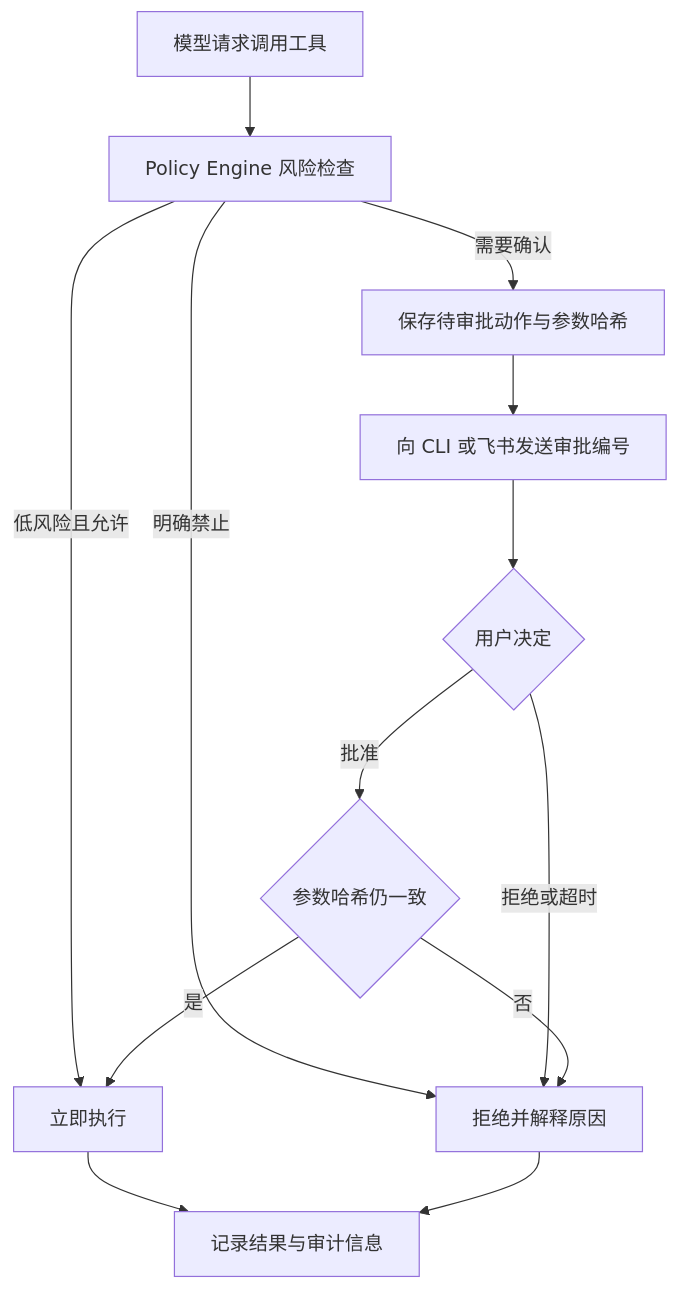
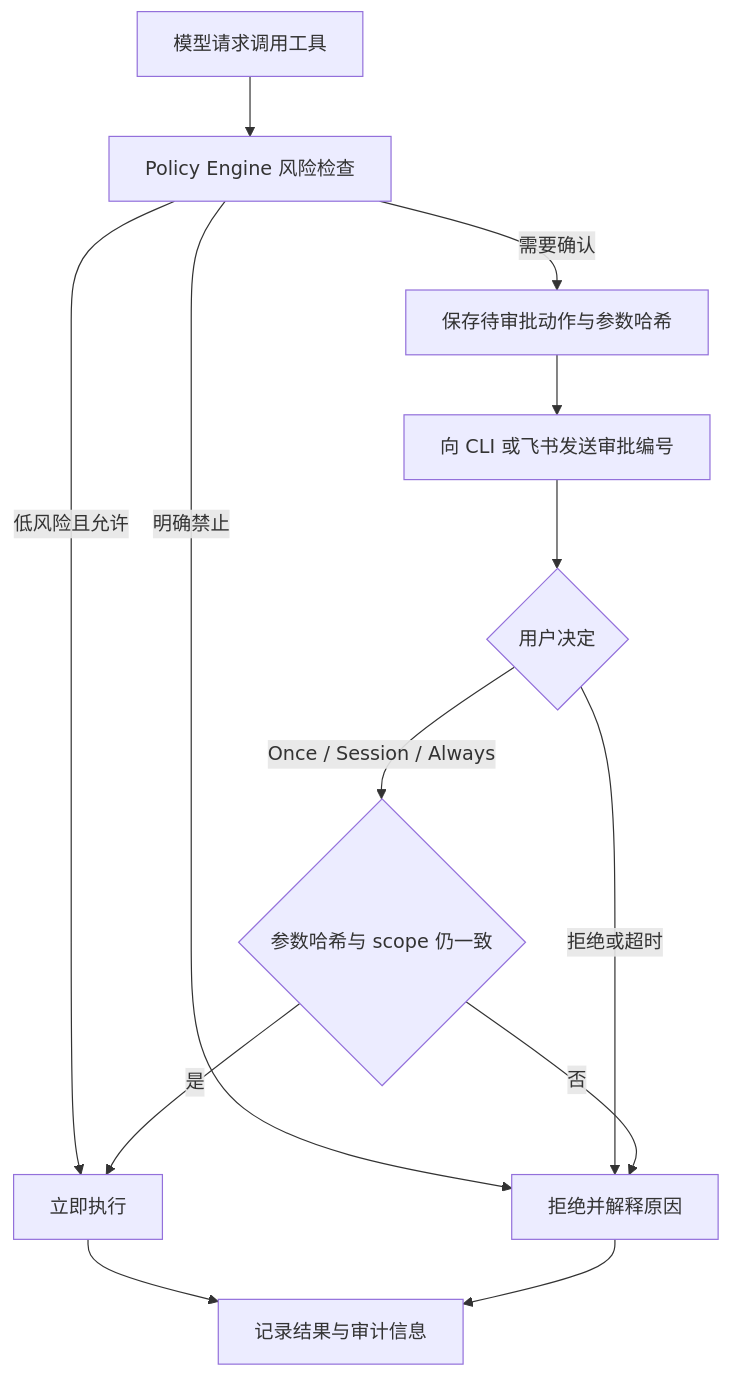
One commit to NEDONION/lobster0 changed the fourth of 10 diagrams in docs/product/20260807_产品需求文档.md. Above: the diagram before and after it, drawn with Mermaid. The commit also changed other lines of this file and 18 other files, not shown here.

````diff
--- a/docs/product/20260807_产品需求文档.md
+++ b/docs/product/20260807_产品需求文档.md
@@ -189,15 +192,15 @@
 ```mermaid
 flowchart TD
     R["模型请求调用工具"] --> P["Policy Engine 风险检查"]
     P -->|"低风险且允许"| X["立即执行"]
     P -->|"明确禁止"| D["拒绝并解释原因"]
     P -->|"需要确认"| A["保存待审批动作与参数哈希"]
     A --> N["向 CLI 或飞书发送审批编号"]
     N --> C{"用户决定"}
     C -->|"拒绝或超时"| D
-    C -->|"批准"| H{"参数哈希仍一致"}
+    C -->|"Once / Session / Always"| H{"参数哈希与 scope 仍一致"}
     H -->|"否"| D
     H -->|"是"| X
     X --> L["记录结果与审计信息"]
     D --> L
 ```
````
